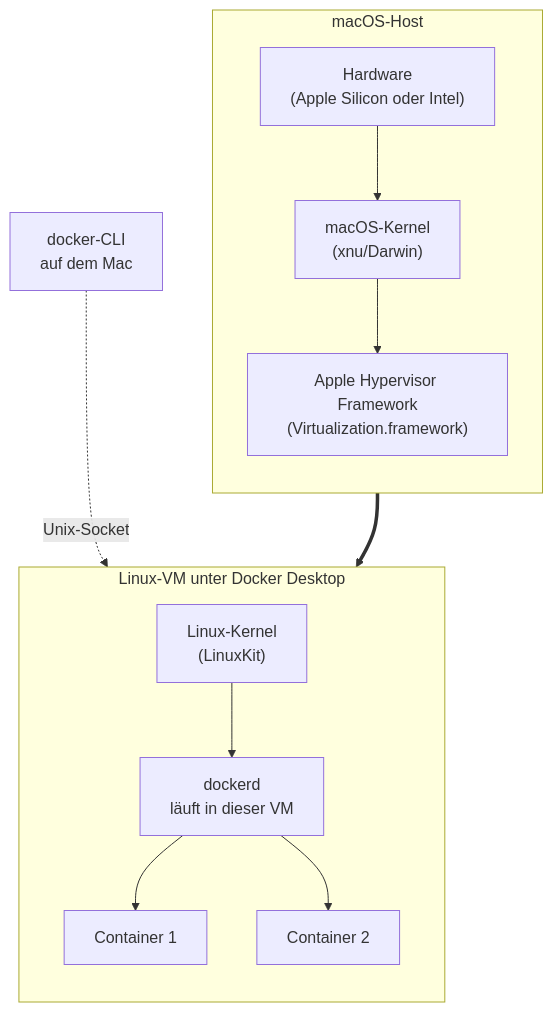
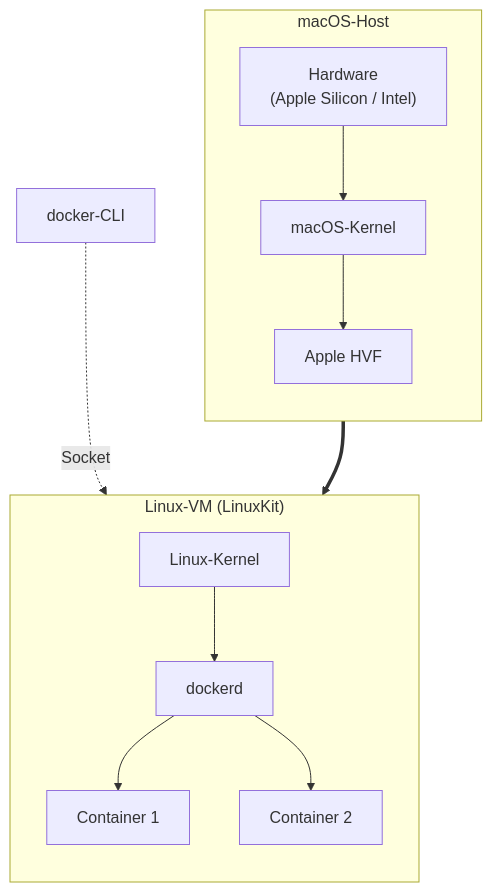
Before and after one commit to JacobMenge/kurs-unterlagen: the second of 3 diagrams in docs/docker/docker-desktop-wahrheit.md, drawn with Mermaid. The commit also changed other lines of this file and 3 other files, not shown here.

First line of the commit message:
Diagramm-Feinschliff: Labels gekürzt für bessere Lesbarkeit

````diff
--- a/docs/docker/docker-desktop-wahrheit.md
+++ b/docs/docker/docker-desktop-wahrheit.md
@@ -63,27 +63,27 @@
 ```mermaid
 flowchart TB
   subgraph MAC["macOS-Host"]
     direction TB
-    HWMac["Hardware<br/>(Apple Silicon oder Intel)"]
-    KERNM["macOS-Kernel<br/>(xnu/Darwin)"]
-    HVF["Apple Hypervisor Framework<br/>(Virtualization.framework)"]
+    HWMac["Hardware<br/>(Apple Silicon / Intel)"]
+    KERNM["macOS-Kernel"]
+    HVF["Apple HVF"]
     HWMac --> KERNM
     KERNM --> HVF
   end
 
-  subgraph VM["Linux-VM unter Docker Desktop"]
+  subgraph VM["Linux-VM (LinuxKit)"]
     direction TB
-    VMM["Linux-Kernel<br/>(LinuxKit)"]
-    DAEMONM["dockerd<br/>läuft in dieser VM"]
+    VMM["Linux-Kernel"]
+    DAEMONM["dockerd"]
     CM1["Container 1"]
     CM2["Container 2"]
     VMM --> DAEMONM
     DAEMONM --> CM1
     DAEMONM --> CM2
   end
 
-  CLIM["docker-CLI<br/>auf dem Mac"]
+  CLIM["docker-CLI"]
 
   HVF ==> VMM
-  CLIM -. "Unix-Socket" .-> DAEMONM
+  CLIM -. "Socket" .-> DAEMONM
 ```
````
